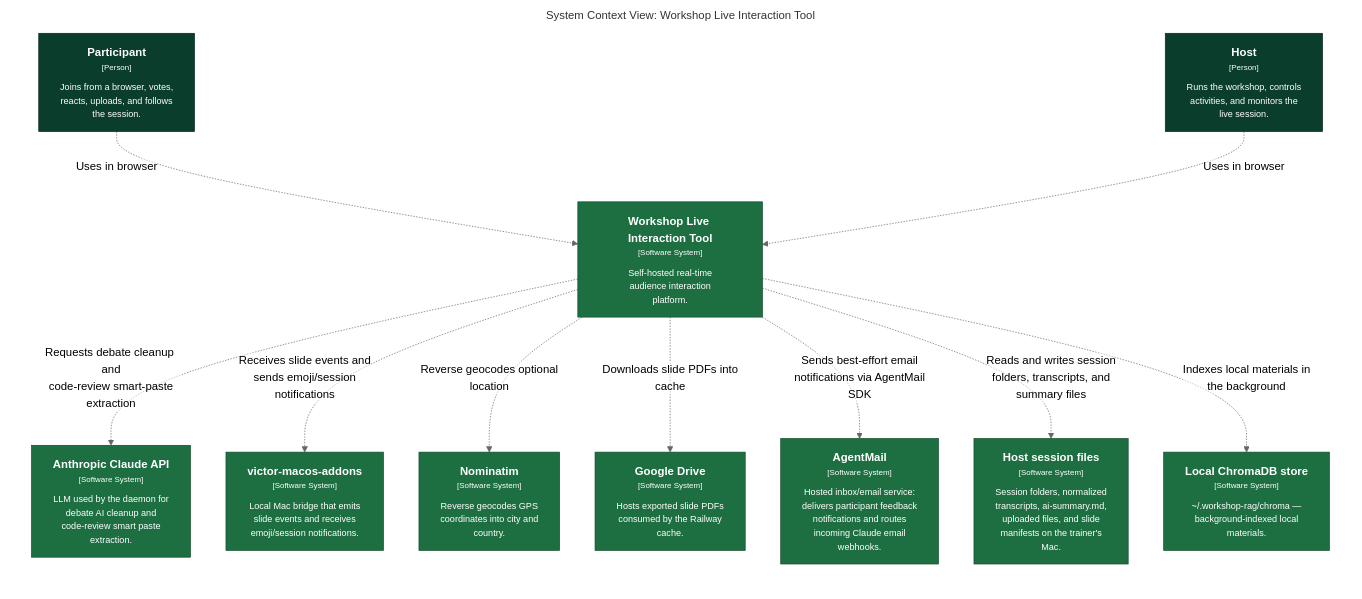
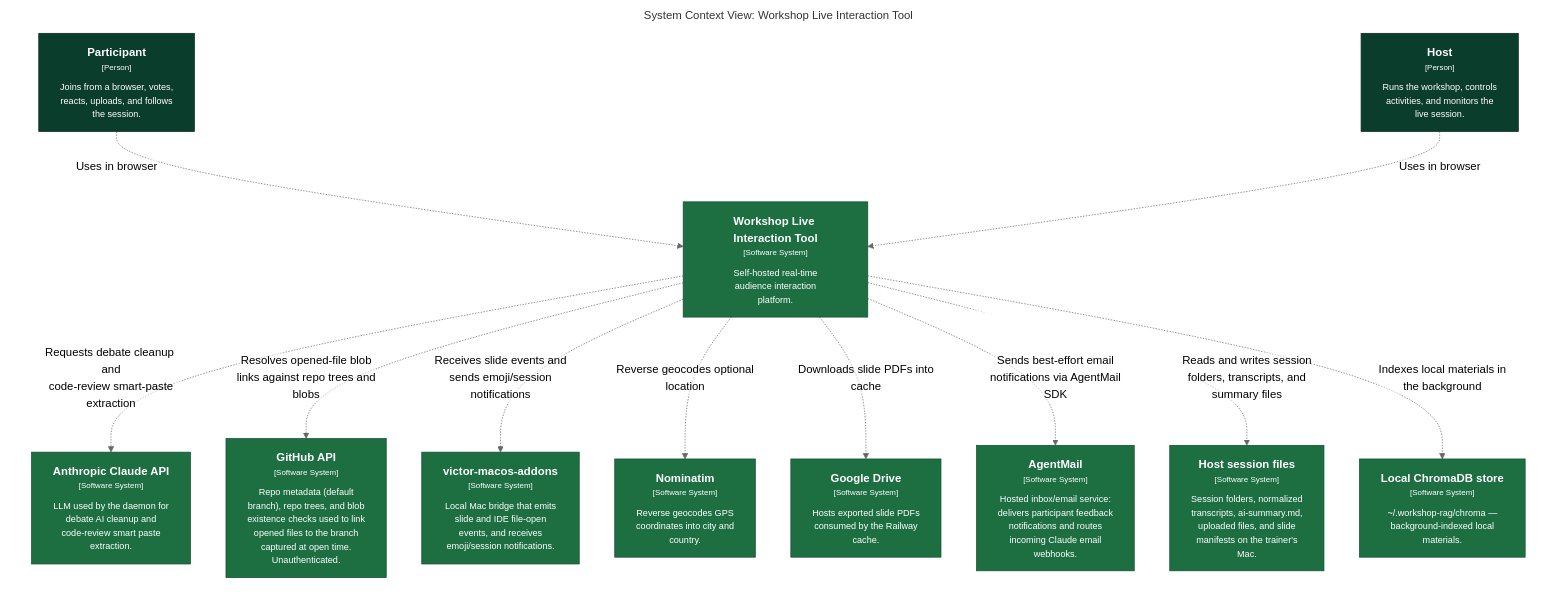
One commit to victorrentea/training-assistant changed the diagram in docs/c4views/C1-System-Context.mmd. Above: the diagram before and after it, drawn with Mermaid (neutral theme). The commit also changed 23 other files, not shown here.

First line of the commit message:
docs(c4): model opened-files linking and the GitHub API dependency

```diff
--- a/docs/c4views/C1-System-Context.mmd
+++ b/docs/c4views/C1-System-Context.mmd
@@ -1,38 +1,41 @@
 graph LR
   linkStyle default fill:#ffffff
 
   subgraph diagram ["System Context View: Workshop Live Interaction Tool"]
     style diagram fill:#ffffff,stroke:#ffffff
 
     1["<div style='font-weight: bold'>Host</div><div style='font-size: 70%; margin-top: 0px'>[Person]</div><div style='font-size: 80%; margin-top:10px'>Runs the workshop, controls<br />activities, and monitors the<br />live session.</div>"]
     style 1 fill:#0b3d2c,stroke:#072a1e,color:#ffffff
-    10["<div style='font-weight: bold'>Workshop Live Interaction Tool</div><div style='font-size: 70%; margin-top: 0px'>[Software System]</div><div style='font-size: 80%; margin-top:10px'>Self-hosted real-time<br />audience interaction<br />platform.</div>"]
+    10["<div style='font-weight: bold'>Local ChromaDB store</div><div style='font-size: 70%; margin-top: 0px'>[Software System]</div><div style='font-size: 80%; margin-top:10px'>~/.workshop-rag/chroma —<br />background-indexed local<br />materials.</div>"]
     style 10 fill:#1d6f42,stroke:#144d2e,color:#ffffff
+    11["<div style='font-weight: bold'>Workshop Live Interaction Tool</div><div style='font-size: 70%; margin-top: 0px'>[Software System]</div><div style='font-size: 80%; margin-top:10px'>Self-hosted real-time<br />audience interaction<br />platform.</div>"]
+    style 11 fill:#1d6f42,stroke:#144d2e,color:#ffffff
     2["<div style='font-weight: bold'>Participant</div><div style='font-size: 70%; margin-top: 0px'>[Person]</div><div style='font-size: 80%; margin-top:10px'>Joins from a browser, votes,<br />reacts, uploads, and follows<br />the session.</div>"]
     style 2 fill:#0b3d2c,stroke:#072a1e,color:#ffffff
     3["<div style='font-weight: bold'>Anthropic Claude API</div><div style='font-size: 70%; margin-top: 0px'>[Software System]</div><div style='font-size: 80%; margin-top:10px'>LLM used by the daemon for<br />debate AI cleanup and<br />code-review smart paste<br />extraction.</div>"]
     style 3 fill:#1d6f42,stroke:#144d2e,color:#ffffff
-    4["<div style='font-weight: bold'>victor-macos-addons</div><div style='font-size: 70%; margin-top: 0px'>[Software System]</div><div style='font-size: 80%; margin-top:10px'>Local Mac bridge that emits<br />slide events and receives<br />emoji/session notifications.</div>"]
+    4["<div style='font-weight: bold'>GitHub API</div><div style='font-size: 70%; margin-top: 0px'>[Software System]</div><div style='font-size: 80%; margin-top:10px'>Repo metadata (default<br />branch), repo trees, and blob<br />existence checks used to link<br />opened files to the branch<br />captured at open time.<br />Unauthenticated.</div>"]
     style 4 fill:#1d6f42,stroke:#144d2e,color:#ffffff
-    5["<div style='font-weight: bold'>Nominatim</div><div style='font-size: 70%; margin-top: 0px'>[Software System]</div><div style='font-size: 80%; margin-top:10px'>Reverse geocodes GPS<br />coordinates into city and<br />country.</div>"]
+    5["<div style='font-weight: bold'>victor-macos-addons</div><div style='font-size: 70%; margin-top: 0px'>[Software System]</div><div style='font-size: 80%; margin-top:10px'>Local Mac bridge that emits<br />slide and IDE file-open<br />events, and receives<br />emoji/session notifications.</div>"]
     style 5 fill:#1d6f42,stroke:#144d2e,color:#ffffff
-    6["<div style='font-weight: bold'>Google Drive</div><div style='font-size: 70%; margin-top: 0px'>[Software System]</div><div style='font-size: 80%; margin-top:10px'>Hosts exported slide PDFs<br />consumed by the Railway<br />cache.</div>"]
+    6["<div style='font-weight: bold'>Nominatim</div><div style='font-size: 70%; margin-top: 0px'>[Software System]</div><div style='font-size: 80%; margin-top:10px'>Reverse geocodes GPS<br />coordinates into city and<br />country.</div>"]
     style 6 fill:#1d6f42,stroke:#144d2e,color:#ffffff
-    7["<div style='font-weight: bold'>AgentMail</div><div style='font-size: 70%; margin-top: 0px'>[Software System]</div><div style='font-size: 80%; margin-top:10px'>Hosted inbox/email service:<br />delivers participant feedback<br />notifications and routes<br />incoming Claude email<br />webhooks.</div>"]
+    7["<div style='font-weight: bold'>Google Drive</div><div style='font-size: 70%; margin-top: 0px'>[Software System]</div><div style='font-size: 80%; margin-top:10px'>Hosts exported slide PDFs<br />consumed by the Railway<br />cache.</div>"]
     style 7 fill:#1d6f42,stroke:#144d2e,color:#ffffff
-    8["<div style='font-weight: bold'>Host session files</div><div style='font-size: 70%; margin-top: 0px'>[Software System]</div><div style='font-size: 80%; margin-top:10px'>Session folders, normalized<br />transcripts, ai-summary.md,<br />uploaded files, and slide<br />manifests on the trainer's<br />Mac.</div>"]
+    8["<div style='font-weight: bold'>AgentMail</div><div style='font-size: 70%; margin-top: 0px'>[Software System]</div><div style='font-size: 80%; margin-top:10px'>Hosted inbox/email service:<br />delivers participant feedback<br />notifications and routes<br />incoming Claude email<br />webhooks.</div>"]
     style 8 fill:#1d6f42,stroke:#144d2e,color:#ffffff
-    9["<div style='font-weight: bold'>Local ChromaDB store</div><div style='font-size: 70%; margin-top: 0px'>[Software System]</div><div style='font-size: 80%; margin-top:10px'>~/.workshop-rag/chroma —<br />background-indexed local<br />materials.</div>"]
+    9["<div style='font-weight: bold'>Host session files</div><div style='font-size: 70%; margin-top: 0px'>[Software System]</div><div style='font-size: 80%; margin-top:10px'>Session folders, normalized<br />transcripts, ai-summary.md,<br />uploaded files, and slide<br />manifests on the trainer's<br />Mac.</div>"]
     style 9 fill:#1d6f42,stroke:#144d2e,color:#ffffff
 
-    2-. "<div>Uses in browser</div><div style='font-size: 70%'></div>" .->10
-    1-. "<div>Uses in browser</div><div style='font-size: 70%'></div>" .->10
-    10-. "<div>Reverse geocodes optional<br />location</div><div style='font-size: 70%'></div>" .->5
-    10-. "<div>Requests debate cleanup and<br />code-review smart-paste<br />extraction</div><div style='font-size: 70%'></div>" .->3
-    10-. "<div>Receives slide events and<br />sends emoji/session<br />notifications</div><div style='font-size: 70%'></div>" .->4
-    10-. "<div>Sends best-effort email<br />notifications via AgentMail<br />SDK</div><div style='font-size: 70%'></div>" .->7
-    10-. "<div>Reads and writes session<br />folders, transcripts, and<br />summary files</div><div style='font-size: 70%'></div>" .->8
-    10-. "<div>Indexes local materials in<br />the background</div><div style='font-size: 70%'></div>" .->9
-    10-. "<div>Downloads slide PDFs into<br />cache</div><div style='font-size: 70%'></div>" .->6
+    2-. "<div>Uses in browser</div><div style='font-size: 70%'></div>" .->11
+    1-. "<div>Uses in browser</div><div style='font-size: 70%'></div>" .->11
+    11-. "<div>Reverse geocodes optional<br />location</div><div style='font-size: 70%'></div>" .->6
+    11-. "<div>Requests debate cleanup and<br />code-review smart-paste<br />extraction</div><div style='font-size: 70%'></div>" .->3
+    11-. "<div>Resolves opened-file blob<br />links against repo trees and<br />blobs</div><div style='font-size: 70%'></div>" .->4
+    11-. "<div>Receives slide events and<br />sends emoji/session<br />notifications</div><div style='font-size: 70%'></div>" .->5
+    11-. "<div>Sends best-effort email<br />notifications via AgentMail<br />SDK</div><div style='font-size: 70%'></div>" .->8
+    11-. "<div>Reads and writes session<br />folders, transcripts, and<br />summary files</div><div style='font-size: 70%'></div>" .->9
+    11-. "<div>Indexes local materials in<br />the background</div><div style='font-size: 70%'></div>" .->10
+    11-. "<div>Downloads slide PDFs into<br />cache</div><div style='font-size: 70%'></div>" .->7
 
   end
```
